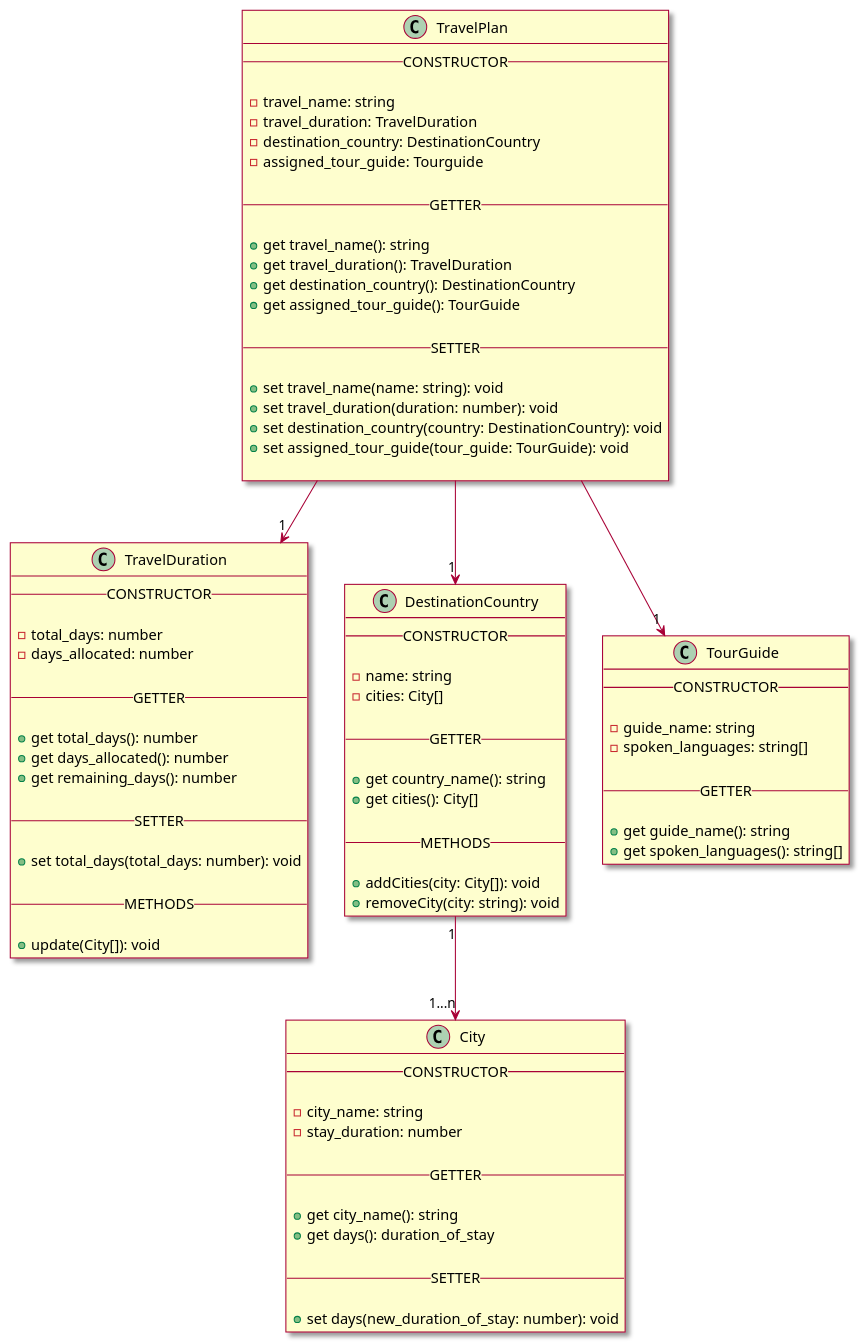
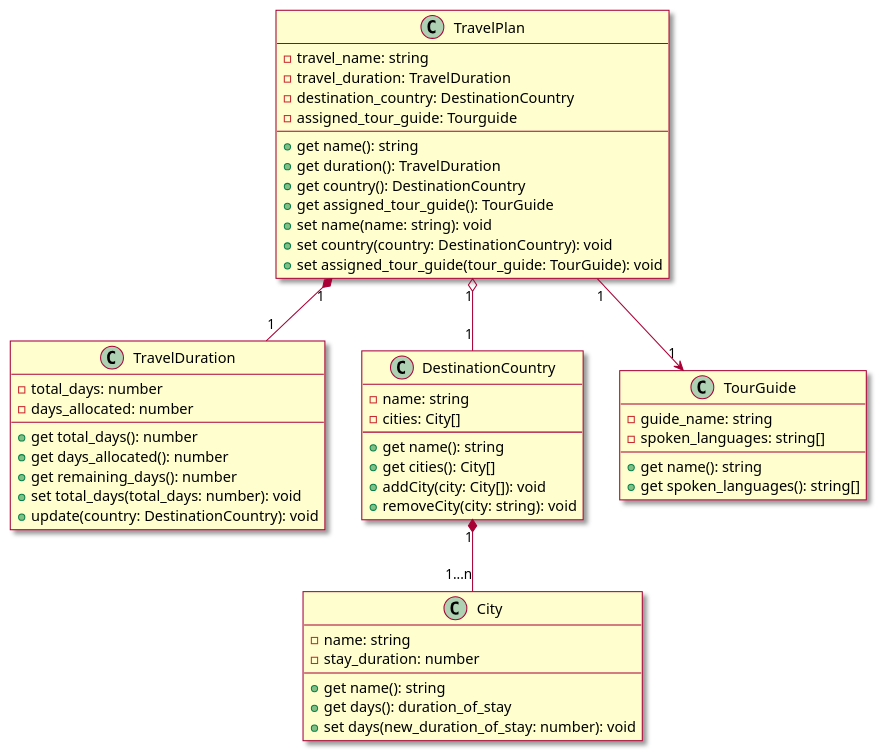
One commit to lucasmouette/Webtech_App changed the diagram in docs/Reiseplanung.puml. Above: the diagram before and after it, drawn with PlantUML. The commit also changed 6 other files, not shown here.

Commit message:
Update class diagram and push 5 classes

```diff
--- a/docs/Reiseplanung.puml
+++ b/docs/Reiseplanung.puml
@@ -3,100 +3,68 @@
 @startuml
 skin rose
 
 class TravelPlan {
-    __CONSTRUCTOR__
 
     - travel_name: string
     - travel_duration: TravelDuration
     - destination_country: DestinationCountry 
     - assigned_tour_guide: Tourguide
 
-    __GETTER__
-
-    + get travel_name(): string
-    + get travel_duration(): TravelDuration
-    + get destination_country(): DestinationCountry
+    + get name(): string
+    + get duration(): TravelDuration
+    + get country(): DestinationCountry
     + get assigned_tour_guide(): TourGuide
-
-    __SETTER__
-
-    + set travel_name(name: string): void
-    + set travel_duration(duration: number): void
-    + set destination_country(country: DestinationCountry): void
+    + set name(name: string): void
+    + set country(country: DestinationCountry): void
     + set assigned_tour_guide(tour_guide: TourGuide): void
-
 }
 'removeDaysAllocated je nachdem ändern wenn die getter/setter zusammen geschrieben werden'
 class TravelDuration {
-    __CONSTRUCTOR__
 
     - total_days: number
     - days_allocated: number
 
-    __GETTER__
-
     + get total_days(): number
     + get days_allocated(): number
-    + get remaining_days(): number
-
-    __SETTER__
-    
+    + get remaining_days(): number  
     + set total_days(total_days: number): void
-
-    __METHODS__
-
-    + update(City[]): void
+    + update(country: DestinationCountry): void
 }
 
 class DestinationCountry {
-    __CONSTRUCTOR__
 
     - name: string
     - cities: City[]
 
-    __GETTER__
-
-    + get country_name(): string
+    + get name(): string
     + get cities(): City[]
-
-    __METHODS__
-
-    + addCities(city: City[]): void
+    + addCity(city: City[]): void
     + removeCity(city: string): void
 }
 
 class City {
-    __CONSTRUCTOR__
 
-    - city_name: string
+    - name: string
     - stay_duration: number
 
-    __GETTER__
-
-    + get city_name(): string
+    + get name(): string
     + get days(): duration_of_stay
-
-    __SETTER__
-    
     + set days(new_duration_of_stay: number): void
 }
 
 
 class TourGuide {
-    __CONSTRUCTOR__
 
     - guide_name: string
     - spoken_languages: string[]
 
-    __GETTER__
-
-    + get guide_name(): string
+    + get name(): string
     + get spoken_languages(): string[]
 }
 
-TravelPlan --> "1" DestinationCountry
-TravelPlan --> "1" TourGuide
-TravelPlan --> "1" TravelDuration
-DestinationCountry "1" --> "1...n" City
+TravelPlan "1" o-- "1" DestinationCountry
+TravelPlan "1" --> "1" TourGuide
+TravelPlan "1" *-- "1" TravelDuration
+DestinationCountry "1" *-- "1...n" City
 
 @enduml
```
